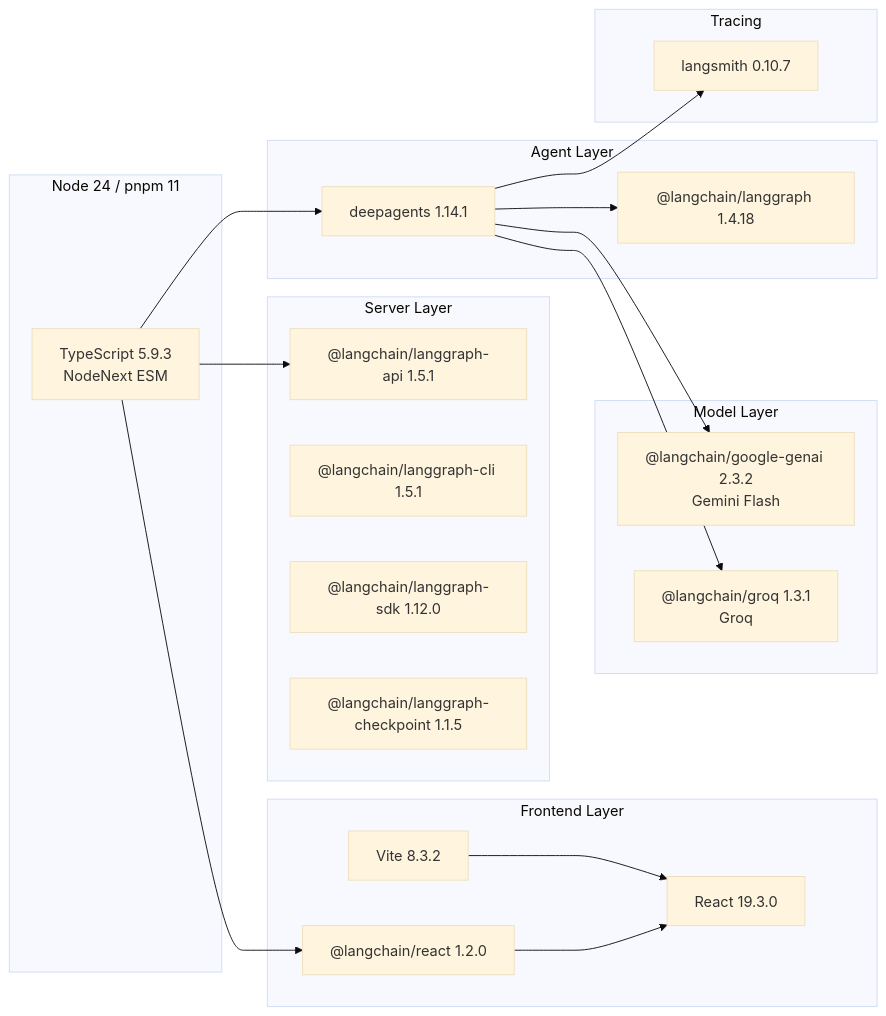
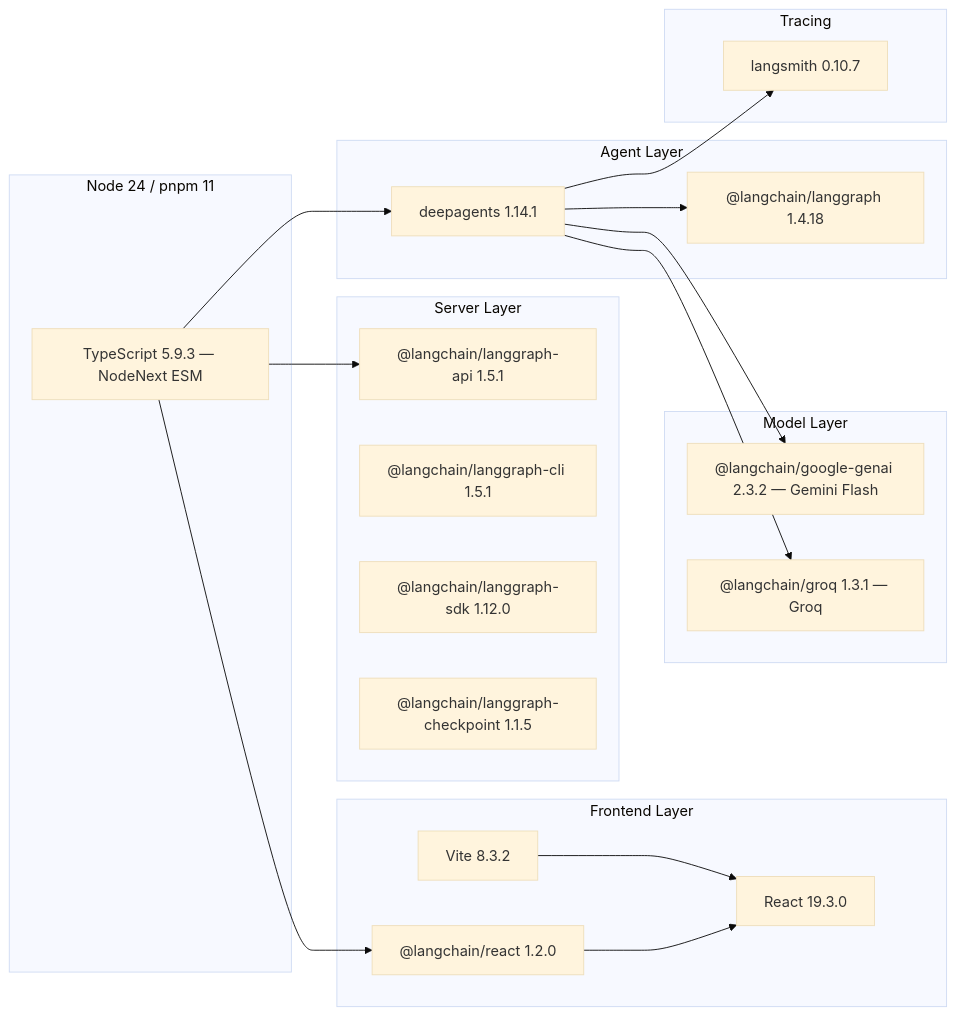
One commit to nhatduong-agilityio/deep-agents changed the second of 3 diagrams in docs/diagrams/01-high-level-architecture.md. Above: the diagram before and after it, drawn with Mermaid (base theme). The commit also changed other lines of this file and 12 other files, not shown here.

Commit message:
feat(diagrams): add script to render mermaid diagrams from markdown files

````diff
--- a/docs/diagrams/01-high-level-architecture.md
+++ b/docs/diagrams/01-high-level-architecture.md
@@ -55,40 +59,43 @@
 ```mermaid
 graph LR
     subgraph Node["Node 24 / pnpm 11"]
-        TS["TypeScript 5.9.3\nNodeNext ESM"]
+        TS["TypeScript 5.9.3 — NodeNext ESM"]
     end
 
     subgraph AgentLayer["Agent Layer"]
         DA["deepagents 1.14.1"]
         LG["@langchain/langgraph 1.4.18"]
         DA --> LG
     end
 
     subgraph ModelLayer["Model Layer"]
-        GG["@langchain/google-genai 2.3.2\nGemini Flash"]
-        GR["@langchain/groq 1.3.1\nGroq"]
+        GG["@langchain/google-genai 2.3.2 — Gemini Flash"]
+        GR["@langchain/groq 1.3.1 — Groq"]
     end
 
     subgraph ServerLayer["Server Layer"]
         API["@langchain/langgraph-api 1.5.1"]
         CLI["@langchain/langgraph-cli 1.5.1"]
         SDK["@langchain/langgraph-sdk 1.12.0"]
         CHK["@langchain/langgraph-checkpoint 1.1.5"]
     end
 
     subgraph FELayer["Frontend Layer"]
         RC["@langchain/react 1.2.0"]
         Vite["Vite 8.3.2"]
         R19["React 19.3.0"]
         RC --> R19
         Vite --> R19
     end
 
     subgraph TraceLayer["Tracing"]
         SM["langsmith 0.10.7"]
     end
 
-    TS --> DA & API & RC
-    DA --> GG & GR
+    TS --> DA
+    TS --> API
+    TS --> RC
+    DA --> GG
+    DA --> GR
     DA --> SM
 ```
````
